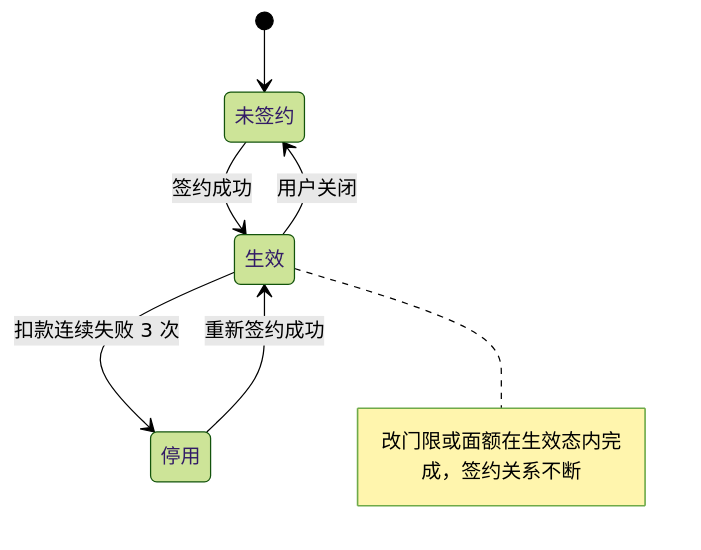
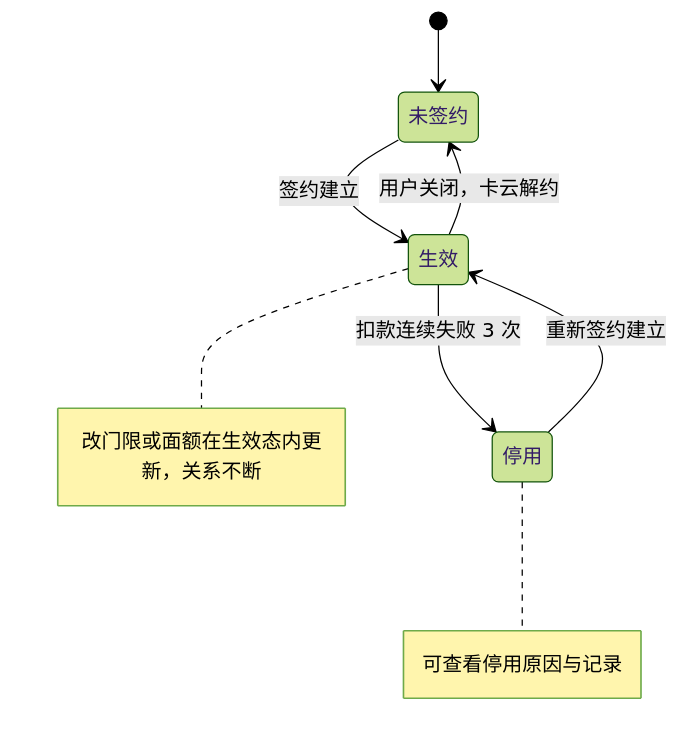
Before and after one commit to sqsqsq/SimulatedWalletForHmos: the third of 3 diagrams in doc/plan/1.9.9/金样候选/auto-topup/AR/story.md, drawn with Mermaid (forest theme). The commit also changed other lines of this file and 38 other files, not shown here.

````diff
--- a/doc/plan/1.9.9/金样候选/auto-topup/AR/story.md
+++ b/doc/plan/1.9.9/金样候选/auto-topup/AR/story.md
@@ -334,9 +227,12 @@
 ```mermaid
+%% 图源 SR §1 #2
+%% 图源 spec §5.2 #1
 stateDiagram-v2
   [*] --> 未签约
-  未签约 --> 生效: 签约成功
-  生效 --> 未签约: 用户关闭
+  未签约 --> 生效: 签约建立
+  生效 --> 未签约: 用户关闭，卡云解约
   生效 --> 停用: 扣款连续失败 3 次
-  停用 --> 生效: 重新签约成功
-  note right of 生效: 改门限或面额在生效态内完成，签约关系不断
+  停用 --> 生效: 重新签约建立
+  note right of 生效: 改门限或面额在生效态内更新，关系不断
+  note right of 停用: 可查看停用原因与记录
 ```
````
